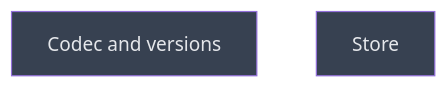
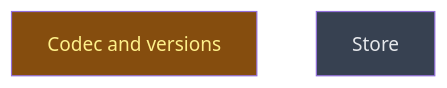
One commit to CrackingShells/cracking-shells-playbook changed the diagram in __roadmap__/m1-core-foundation/settle/build/codec/README.md. Above: the diagram before and after it, drawn with Mermaid. The commit also changed other lines of this file and 1 other file, not shown here.

Commit message:
chore(roadmap): start the m1 codec and versions

````diff
--- a/__roadmap__/m1-core-foundation/settle/build/codec/README.md
+++ b/__roadmap__/m1-core-foundation/settle/build/codec/README.md
@@ -19,10 +19,10 @@
 ```mermaid
 graph TD
-    codec_and_versions[Codec and versions]:::planned
+    codec_and_versions[Codec and versions]:::inprogress
     store[Store]:::planned
     classDef done       fill:#166534,color:#bbf7d0
     classDef inprogress fill:#854d0e,color:#fef08a
     classDef planned    fill:#374151,color:#e5e7eb
     classDef amendment  fill:#1e3a5f,color:#bfdbfe
     classDef blocked    fill:#7f1d1d,color:#fecaca
 ```
````
